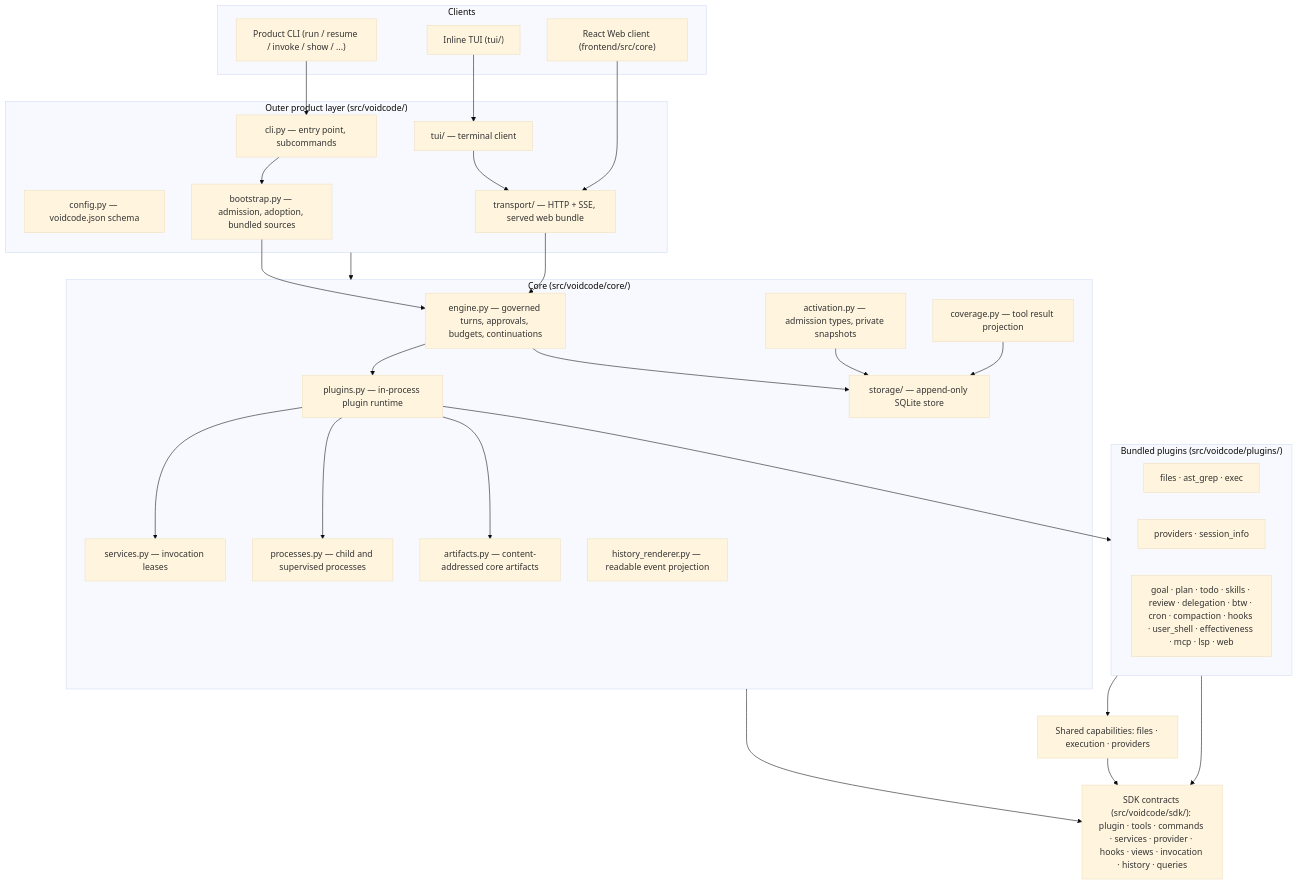
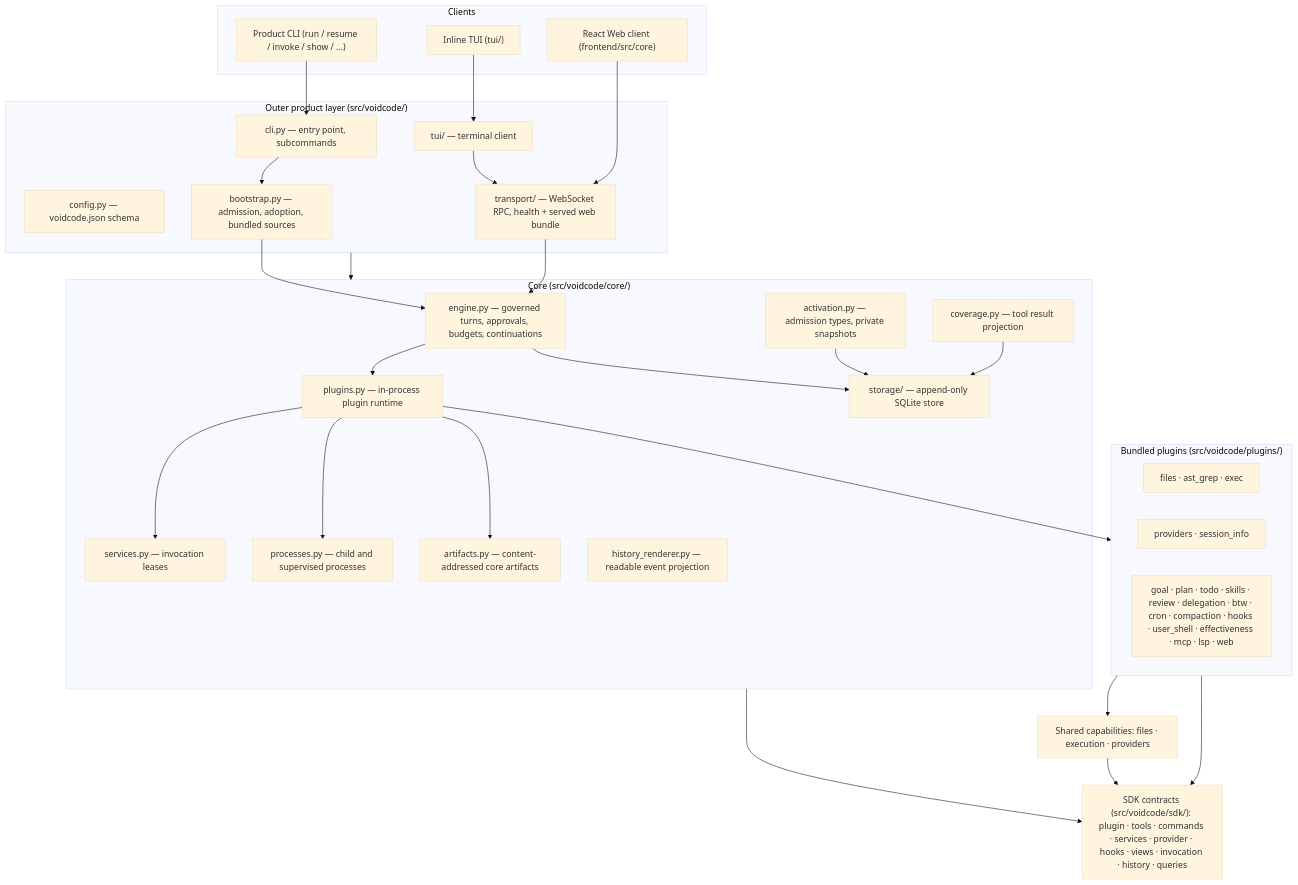
The diagram in docs/architecture.md (lei-jia-xing/voidcode), drawn with Mermaid (base theme) before and after one commit. The commit also changed other lines of this file and 53 other files, not shown here.

First line of the commit message:
feat(transport)!: migrate remote clients to WebSocket JSON-RPC

````diff
--- a/docs/architecture.md
+++ b/docs/architecture.md
@@ -24,57 +24,57 @@
 ```mermaid
 graph TD
     subgraph Clients["Clients"]
         CLI["Product CLI (run / resume / invoke / show / ...)"]
         TUI["Inline TUI (tui/)"]
         Web["React Web client (frontend/src/core)"]
     end
 
     subgraph Outer["Outer product layer (src/voidcode/)"]
         CLIImpl["cli.py — entry point, subcommands"]
         Config["config.py — voidcode.json schema"]
         Bootstrap["bootstrap.py — admission, adoption, bundled sources"]
-        Transport["transport/ — HTTP + SSE, served web bundle"]
+        Transport["transport/ — WebSocket RPC, health + served web bundle"]
         TUIImpl["tui/ — terminal client"]
     end
 
     subgraph Core["Core (src/voidcode/core/)"]
         Engine["engine.py — governed turns, approvals, budgets, continuations"]
         Activation["activation.py — admission types, private snapshots"]
         Runtime["plugins.py — in-process plugin runtime"]
         Services["services.py — invocation leases"]
         Processes["processes.py — child and supervised processes"]
         Storage["storage/ — append-only SQLite store"]
         Artifacts["artifacts.py — content-addressed core artifacts"]
         Coverage["coverage.py — tool result projection"]
         Renderer["history_renderer.py — readable event projection"]
     end
 
     subgraph Plugins["Bundled plugins (src/voidcode/plugins/)"]
         Files["files · ast_grep · exec"]
         Model["providers · session_info"]
         Product["goal · plan · todo · skills · review · delegation · btw · cron · compaction · hooks · user_shell · effectiveness · mcp · lsp · web"]
     end
 
     SDK["SDK contracts (src/voidcode/sdk/): plugin · tools · commands · services · provider · hooks · views · invocation · history · queries"]
 
     CLI --> CLIImpl
     TUI --> TUIImpl
     Web --> Transport
     TUIImpl --> Transport
     CLIImpl --> Bootstrap
     Bootstrap --> Engine
     Transport --> Engine
     Engine --> Runtime
     Engine --> Storage
     Activation --> Storage
     Coverage --> Storage
     Runtime --> Services
     Runtime --> Processes
     Runtime --> Artifacts
     Runtime --> Plugins
     Plugins --> Capabilities["Shared capabilities: files · execution · providers"]
     Capabilities --> SDK
     Core --> SDK
     Plugins --> SDK
     Outer --> Core
 ```
````
